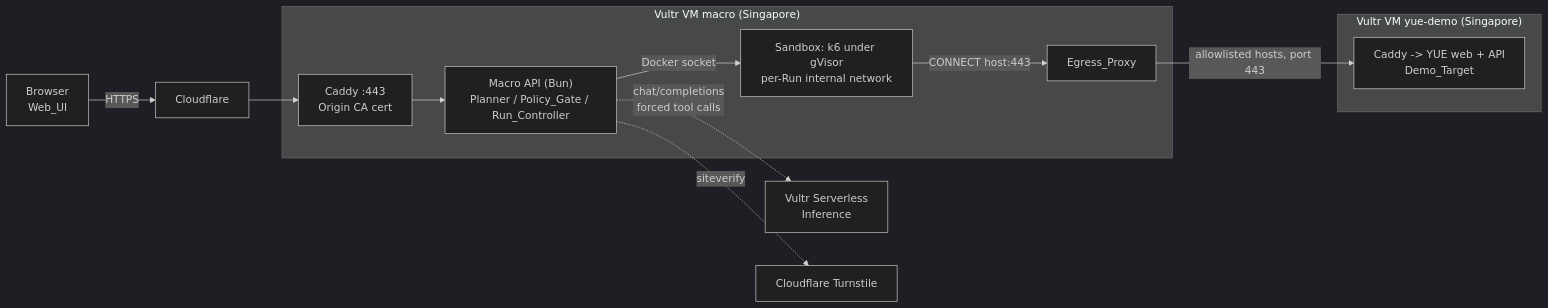
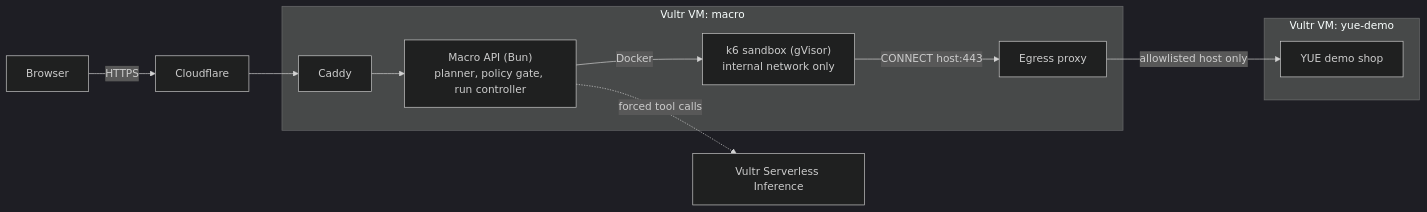
Before and after one commit to mbayue/macro: the diagram in README.md, drawn with Mermaid (dark theme). The commit also changed other lines of this file, not shown here.

````diff
--- a/README.md
+++ b/README.md
@@ -47,16 +23,15 @@
 ```mermaid
 flowchart LR
-  B["Browser<br/>Web_UI"] -->|HTTPS| CF[Cloudflare]
-  CF --> CD["Caddy :443<br/>Origin CA cert"]
-  subgraph M["Vultr VM macro (Singapore)"]
-    CD --> API["Macro API (Bun)<br/>Planner / Policy_Gate / Run_Controller"]
-    API -->|Docker socket| SBX["Sandbox: k6 under gVisor<br/>per-Run internal network"]
-    SBX -->|"CONNECT host:443"| PX[Egress_Proxy]
+  B[Browser] -->|HTTPS| CF[Cloudflare]
+  CF --> CD[Caddy]
+  subgraph M["Vultr VM: macro"]
+    CD --> API["Macro API (Bun)<br/>planner, policy gate, run controller"]
+    API -->|Docker| SBX["k6 sandbox (gVisor)<br/>internal network only"]
+    SBX -->|"CONNECT host:443"| PX[Egress proxy]
   end
-  API -.->|"chat/completions<br/>forced tool calls"| VI["Vultr Serverless<br/>Inference"]
-  API -.->|siteverify| TS[Cloudflare Turnstile]
-  PX -->|"allowlisted hosts, port 443"| DT
-  subgraph Y["Vultr VM yue-demo (Singapore)"]
-    DT["Caddy -> YUE web + API<br/>Demo_Target"]
+  API -.->|forced tool calls| VI[Vultr Serverless Inference]
+  PX -->|allowlisted host only| DT
+  subgraph Y["Vultr VM: yue-demo"]
+    DT[YUE demo shop]
   end
 ```
````
